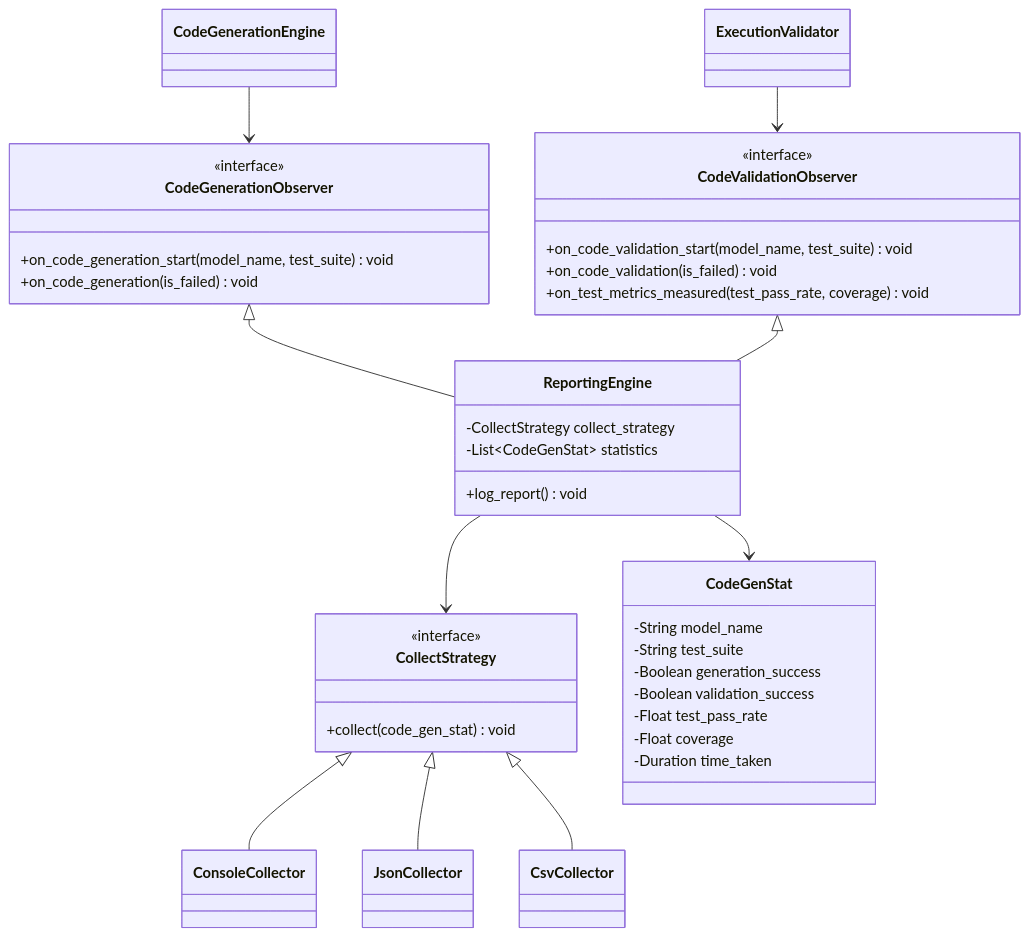
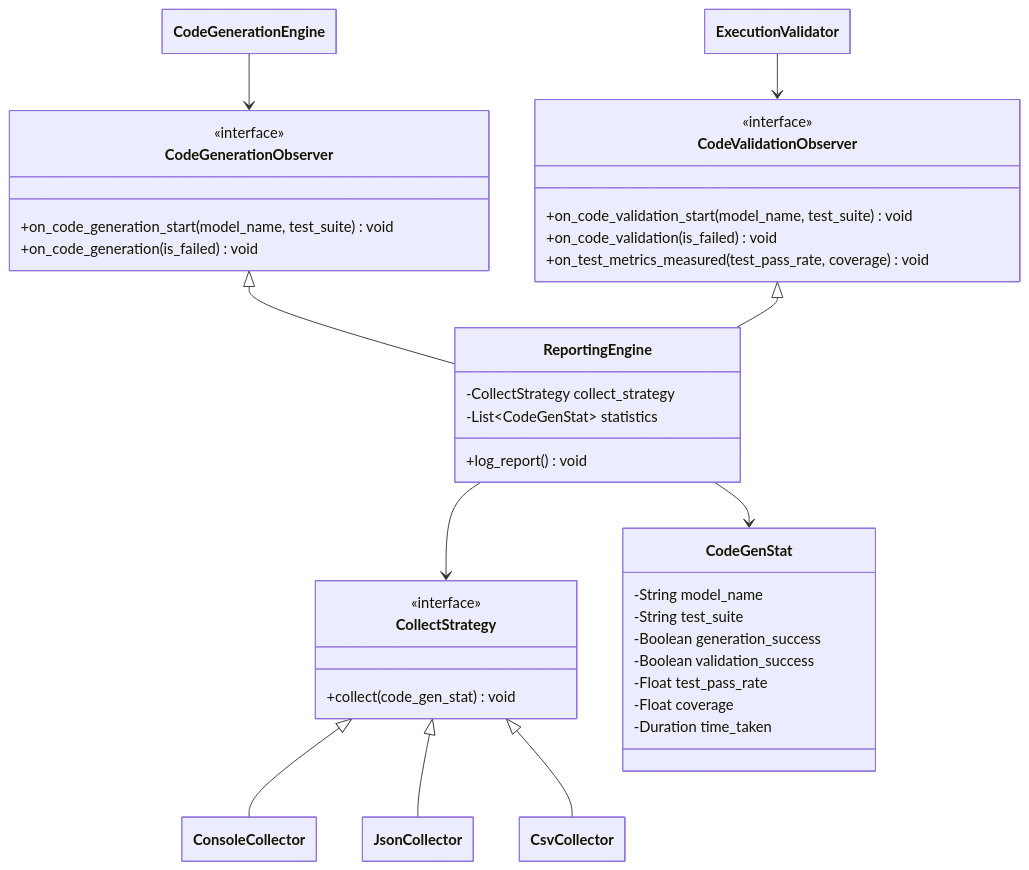
Before and after one commit to FilippoGurioli/test-2-code-llm: the seventh of 7 diagrams in docs/design.md, drawn with Mermaid. The commit also changed other lines of this file and 1 other file, not shown here.

````diff
--- a/docs/design.md
+++ b/docs/design.md
@@ -239,46 +259,51 @@
 ```mermaid
+---
+  config:
+    class:
+      hideEmptyMembersBox: true
+---
 classDiagram
     class ReportingEngine {
         -CollectStrategy collect_strategy
         -List~CodeGenStat~ statistics
         +log_report() void
     }
 
     class CodeGenerationObserver {
         <<interface>>
         +on_code_generation_start(model_name, test_suite) void
         +on_code_generation(is_failed) void
     }
 
     class CodeValidationObserver {
         <<interface>>
         +on_code_validation_start(model_name, test_suite) void
         +on_code_validation(is_failed) void
         +on_test_metrics_measured(test_pass_rate, coverage) void
     }
 
     class CollectStrategy {
         <<interface>>
         +collect(code_gen_stat) void
     }
 
     class CodeGenStat {
         -String model_name
         -String test_suite
         -Boolean generation_success
         -Boolean validation_success
         -Float test_pass_rate
         -Float coverage
         -Duration time_taken
     }
 
     CodeGenerationEngine --> CodeGenerationObserver
     ExecutionValidator --> CodeValidationObserver
     CodeGenerationObserver <|-- ReportingEngine
     CodeValidationObserver <|-- ReportingEngine
     ReportingEngine --> CollectStrategy
     ReportingEngine --> CodeGenStat
     CollectStrategy <|-- ConsoleCollector
     CollectStrategy <|-- JsonCollector
     CollectStrategy <|-- CsvCollector
 ```
````
